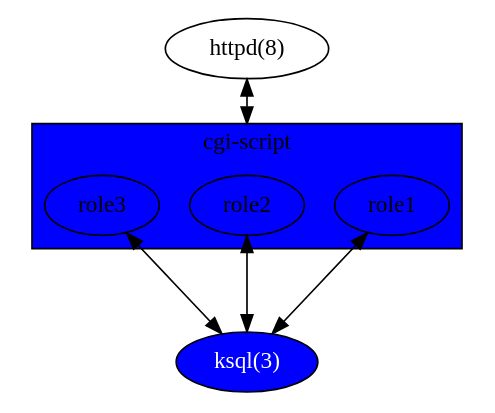
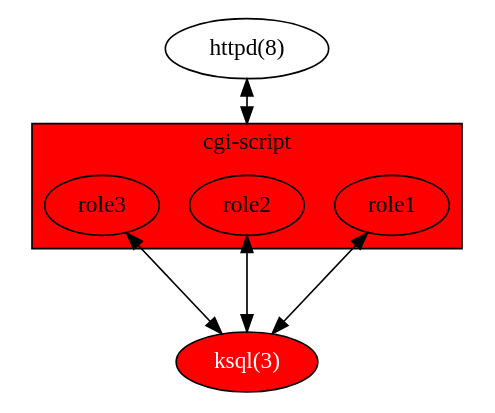
The diagram in auditing-fig1.dot (kristapsdz/bchs), drawn with Graphviz before and after one commit. The commit also changed 7 other files, not shown here.

```diff
--- a/auditing-fig1.dot
+++ b/auditing-fig1.dot
@@ -1,16 +1,16 @@
 digraph auditing {
 	graph [compound=true, rankdir=tb, rank="min", ranksep="0.8 equally"];
 	network[label="httpd(8)"];
 	subgraph cluster_0 {
 		label="cgi-script";
-		bgcolor="blue";
+		bgcolor="red";
 		role1;
 		role2;
 		role3;
 	}
-	database[label="ksql(3)", fillcolor="blue", style="filled", fontcolor="white"];
+	database[label="ksql(3)", fillcolor="red", style="filled", fontcolor="white"];
 	network -> role2[lhead="cluster_0", dir="both"];
 	role1 -> database[dir="both"];
 	role3 -> database[dir="both"];
 	role2 -> database[dir="both"];
 }
```
